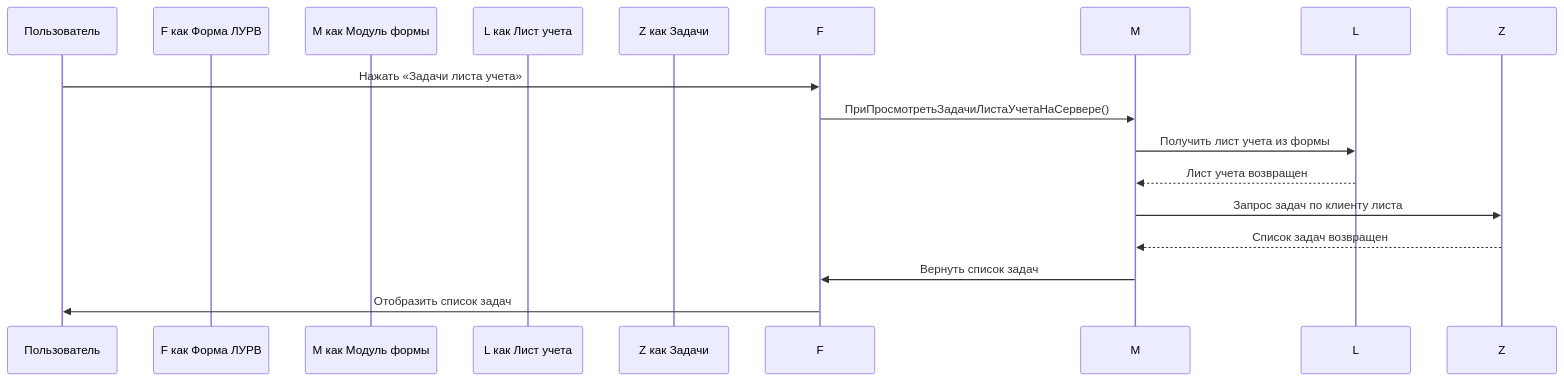
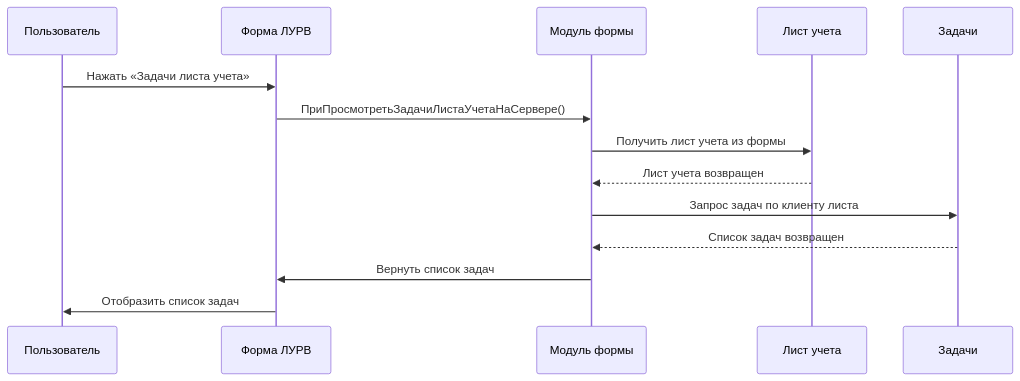
The second of 5 diagrams in doc/MultitoolDoc/Таймтрекинг/ДеталиРеализации.md (Ndochp/Multitool), drawn with Mermaid before and after one commit. The commit also changed other lines of this file and 1 other file, not shown here.

````diff
--- a/doc/MultitoolDoc/Таймтрекинг/ДеталиРеализации.md
+++ b/doc/MultitoolDoc/Таймтрекинг/ДеталиРеализации.md
@@ -245,17 +213,17 @@
 ```mermaid
 sequenceDiagram
     participant U as Пользователь
-    participant F как Форма ЛУРВ
-    participant M как Модуль формы
-    participant L как Лист учета
-    participant Z как Задачи
+    participant F as Форма ЛУРВ
+    participant M as Модуль формы
+    participant L as Лист учета
+    participant Z as Задачи
 
     U->>F: Нажать «Задачи листа учета»
     F->>M: ПриПросмотретьЗадачиЛистаУчетаНаСервере()
     M->>L: Получить лист учета из формы
     L-->>M: Лист учета возвращен
     M->>Z: Запрос задач по клиенту листа
     Z-->>M: Список задач возвращен
     M->>F: Вернуть список задач
     F->>U: Отобразить список задач
 ```
````
